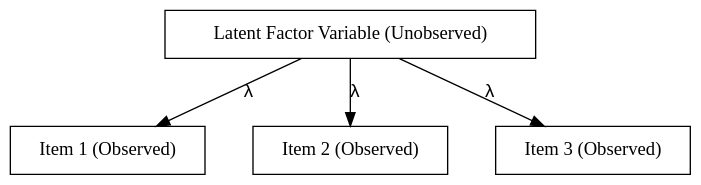
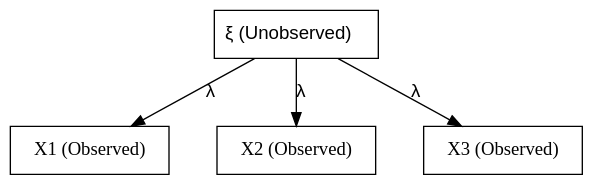
Before and after one commit to kevinli03/pspe: the diagram in latent/factor.qmd, drawn with Graphviz. The commit also changed other lines of this file and 66 other files, not shown here.

````diff
--- a/latent/factor.qmd
+++ b/latent/factor.qmd
@@ -8,20 +8,20 @@
 ```{dot}
-//| fig-width: 4
-//| fig-height: 1.2
+//| fig-width: 4.5
+//| fig-height: 1.4
 digraph example2 {
   bgcolor="transparent";
   // Nodes
-  F [shape=box, pos = "0,0!", label="Latent Factor Variable (Unobserved)"]
-  X1 [shape=box, pos = "2,0!", label="Item 1 (Observed)"]
-  X2 [shape=box, pos = "1,-2!", label="Item 2 (Observed)"]
-  X3 [shape=box, pos="1,0!", label="Item 3 (Observed)"]
+  F [shape=box, pos = "0,0!", label=<<FONT FACE="Helvetica">&xi; (Unobserved)</FONT>>]
+  X1 [shape=box, pos = "2,0!", label="X1 (Observed)"]
+  X2 [shape=box, pos = "1,-2!", label="X2 (Observed)"]
+  X3 [shape=box, pos="1,0!", label="X3 (Observed)"]
 
   // Edges
-  {F -> X1 [label=<<FONT FACE="Arial">&lambda;</FONT>>]}
-  {F -> X2 [label=<<FONT FACE="Arial">&lambda;</FONT>>]}
-  {F -> X3 [label=<<FONT FACE="Arial">&lambda;</FONT>>]}
+  {F -> X1 [label=<<FONT FACE="Helvetica">&lambda;</FONT>>]}
+  {F -> X2 [label=<<FONT FACE="Helvetica">&lambda;</FONT>>]}
+  {F -> X3 [label=<<FONT FACE="Helvetica">&lambda;</FONT>>]}
   
   graph [nodesep=0.5, ranksep=0.5]
 
 }
 ```
````
